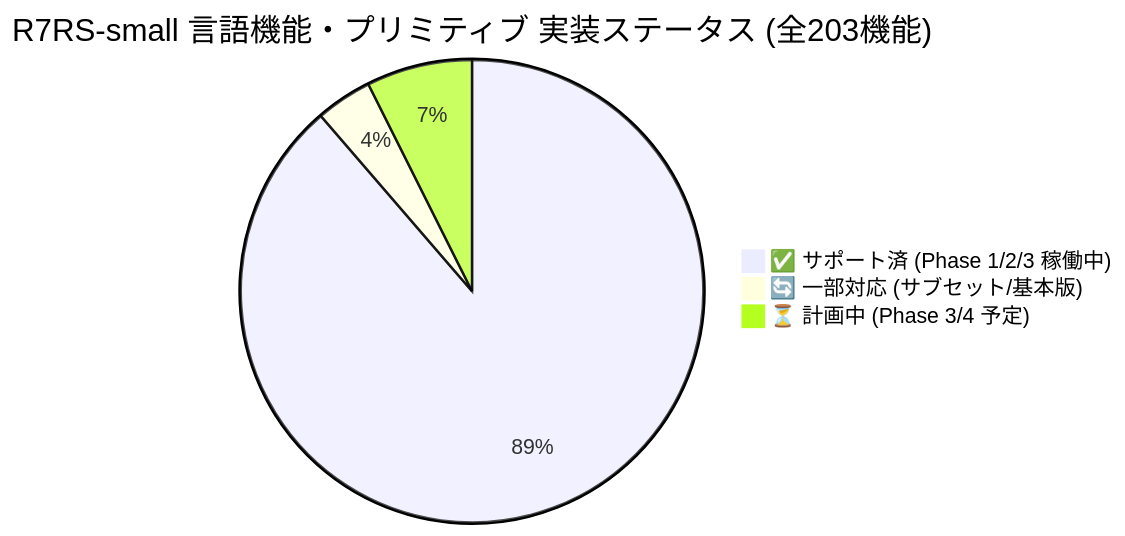
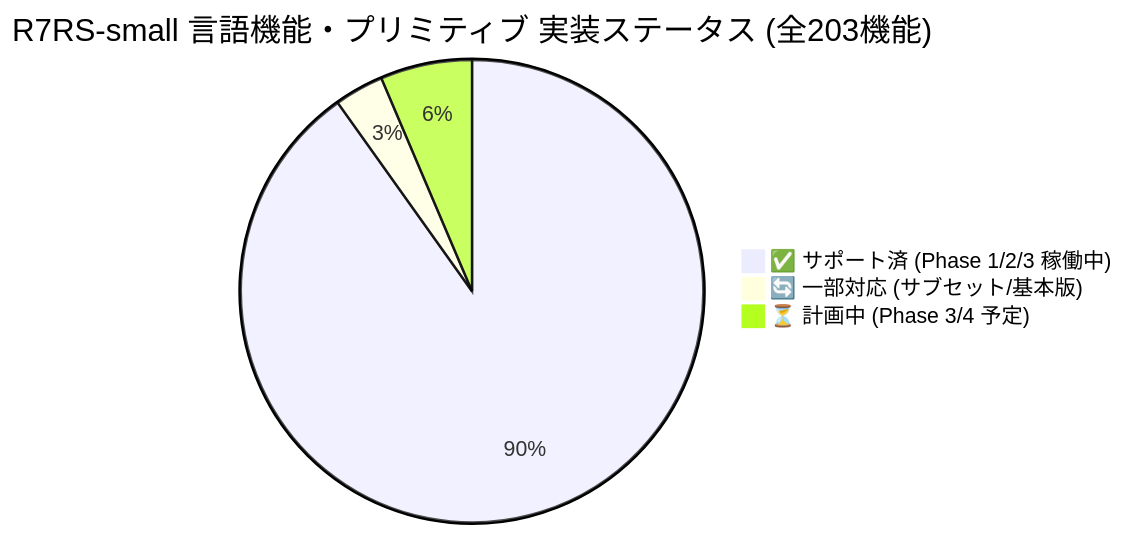
The first of 3 diagrams in ilisp/docs/SPEC_R7RS.md (rokujyouhitoma/arxiv-security-papers), drawn with Mermaid before and after one commit. The commit also changed other lines of this file and 6 other files, not shown here.

````diff
--- a/ilisp/docs/SPEC_R7RS.md
+++ b/ilisp/docs/SPEC_R7RS.md
@@ -17,6 +17,6 @@
 ```mermaid
 pie title R7RS-small 言語機能・プリミティブ 実装ステータス (全203機能)
-    "✅ サポート済 (Phase 1/2/3 稼働中)" : 180
-    "🔄 一部対応 (サブセット/基本版)" : 8
-    "⏳ 計画中 (Phase 3/4 予定)" : 15
+    "✅ サポート済 (Phase 1/2/3 稼働中)" : 183
+    "🔄 一部対応 (サブセット/基本版)" : 7
+    "⏳ 計画中 (Phase 3/4 予定)" : 13
 ```
````
